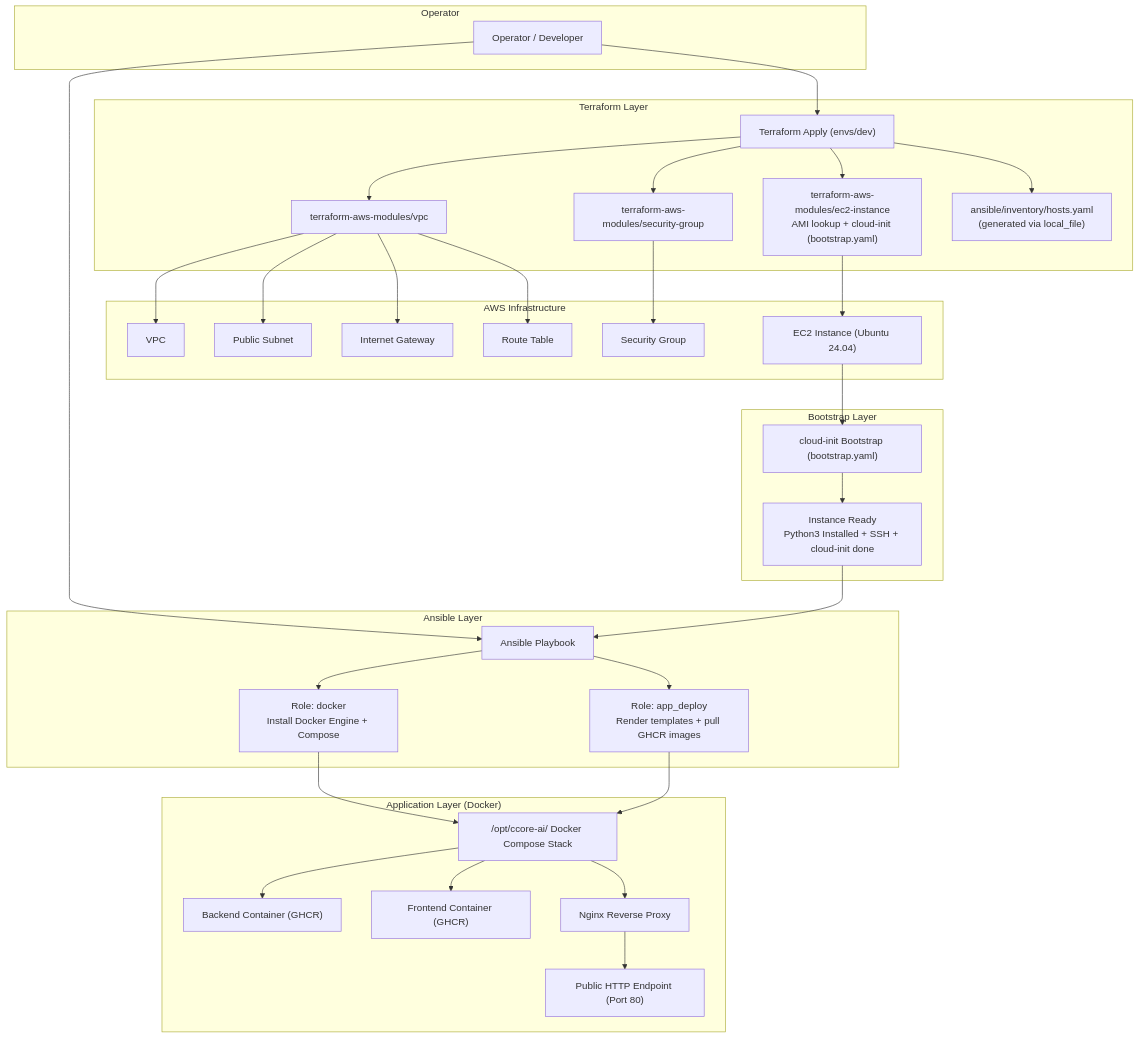
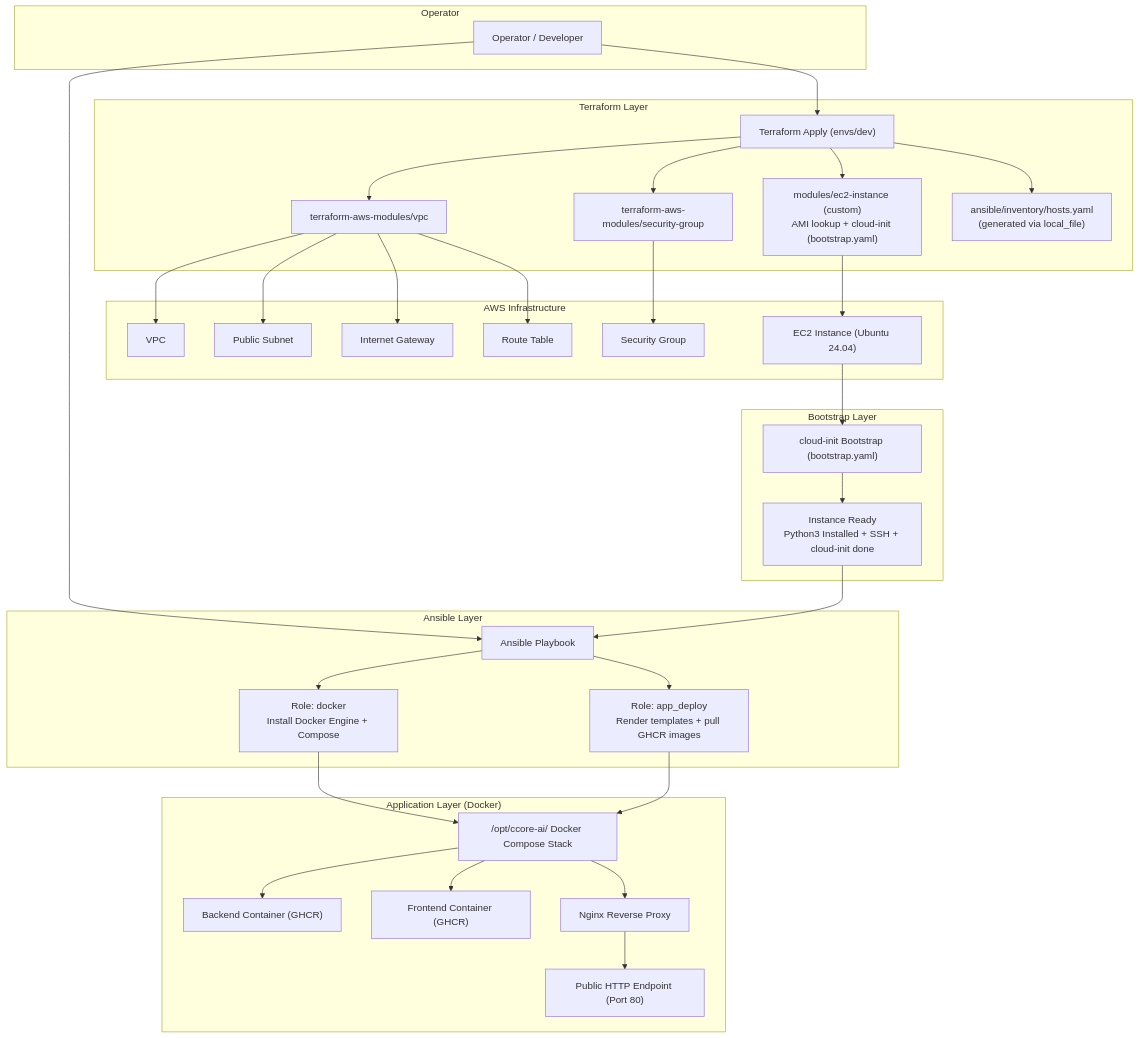
Before and after one commit to LaurisNeimanis/ccore-ai-infra: the diagram in diagrams/architecture.mmd, drawn with Mermaid. The commit also changed 2 other files, not shown here.

Commit message:
fix(docs): include missing diagrams and documentation

```diff
--- a/diagrams/architecture.mmd
+++ b/diagrams/architecture.mmd
@@ -1,82 +1,82 @@
 flowchart TD
 
     %% =========================
     %% LAYERS
     %% =========================
 
     subgraph L0["Operator"]
         OP["Operator / Developer"]
     end
 
     subgraph L1["Terraform Layer"]
         TF_APPLY["Terraform Apply (envs/dev)"]
         MOD_VPC["terraform-aws-modules/vpc"]
         MOD_SG["terraform-aws-modules/security-group"]
-        MOD_EC2["terraform-aws-modules/ec2-instance<br/>AMI lookup + cloud-init (bootstrap.yaml)"]
+        MOD_EC2["modules/ec2-instance (custom)<br/>AMI lookup + cloud-init (bootstrap.yaml)"]
         INV_FILE["ansible/inventory/hosts.yaml<br/>(generated via local_file)"]
     end
 
     subgraph L2["AWS Infrastructure"]
         VPC["VPC"]
         SUBNET["Public Subnet"]
         IGW["Internet Gateway"]
         RT["Route Table"]
         SG_AWS["Security Group"]
         EC2["EC2 Instance (Ubuntu 24.04)"]
     end
 
     subgraph L3["Bootstrap Layer"]
         CI_BOOT["cloud-init Bootstrap (bootstrap.yaml)"]
         READY["Instance Ready<br/>Python3 Installed + SSH + cloud-init done"]
     end
 
     subgraph L4["Ansible Layer"]
         APB["Ansible Playbook"]
         ROLE_DOCKER["Role: docker<br/>Install Docker Engine + Compose"]
         ROLE_APP["Role: app_deploy<br/>Render templates + pull GHCR images"]
     end
 
     subgraph L5["Application Layer (Docker)"]
         COMPOSE["/opt/ccore-ai/ Docker Compose Stack"]
         BACKEND["Backend Container (GHCR)"]
         FRONTEND["Frontend Container (GHCR)"]
         NGINX["Nginx Reverse Proxy"]
         HTTP["Public HTTP Endpoint (Port 80)"]
     end
 
     %% =========================
     %% FLOWS
     %% =========================
 
     OP --> TF_APPLY
     OP --> APB
 
     TF_APPLY --> MOD_VPC
     TF_APPLY --> MOD_SG
     TF_APPLY --> MOD_EC2
     TF_APPLY --> INV_FILE
 
     MOD_VPC --> VPC
     MOD_VPC --> SUBNET
     MOD_VPC --> IGW
     MOD_VPC --> RT
 
     MOD_SG --> SG_AWS
 
     MOD_EC2 --> EC2
 
     EC2 --> CI_BOOT
     CI_BOOT --> READY
     READY --> APB
 
     APB --> ROLE_DOCKER
     APB --> ROLE_APP
 
     ROLE_DOCKER --> COMPOSE
     ROLE_APP --> COMPOSE
 
     COMPOSE --> BACKEND
     COMPOSE --> FRONTEND
     COMPOSE --> NGINX
 
     NGINX --> HTTP
```
